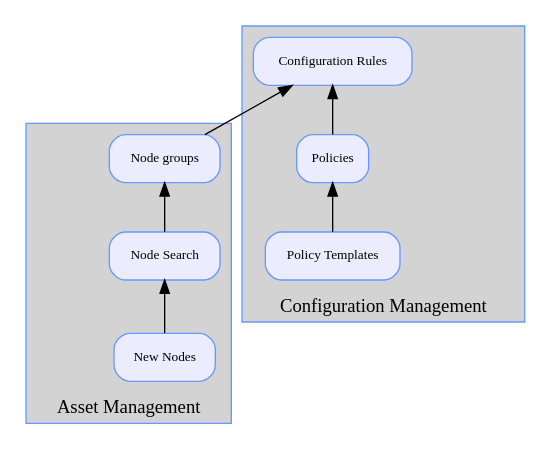
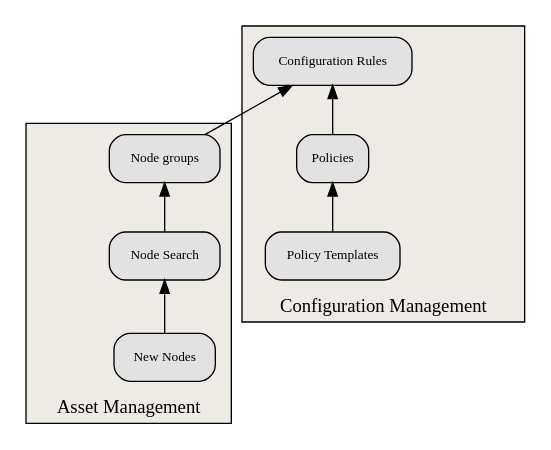
The diagram in graphviz/concepts.dot (Normation/rudder-doc), drawn with Graphviz before and after one commit. The commit also changed 4 other files, not shown here.

Commit message:
work on graphviz color scheme

```diff
--- a/graphviz/concepts.dot
+++ b/graphviz/concepts.dot
@@ -1,39 +1,44 @@
 digraph concepts{
 
 rankdir=BT;
-node [shape=Mrecord, style=filled, color="#6699ff", fillcolor="#ececff",
-fontsize=10];
+node [
+    shape=Mrecord, 
+    style=filled, 
+    color="rgb(151,72,7)", 
+    fillcolor="#e2e2e2",
+    fontsize=10
+];
 NN NS NG PT PS CR ;
 
 NN [label = "New Nodes" ];
 
 NS [label = "Node Search" ];
 
 NG [label = "Node groups"];
 
 PT [label = "Policy Templates"];
 
 PS [label = "Policies"];
 
 CR [label = "Configuration Rules"];
 
 subgraph cluster0 { 
     label="Asset Management"; 
     style=filled;
-    color="#6699ff"; 
-    fillcolor=lightgrey;
+    color="rgb(93,56,29)"; 
+    fillcolor="#eeebe7";
     NN -> NS ->NG; 
 };
 
 NG -> CR ;
 
 subgraph cluster1 { 
     label="Configuration Management";
     shape="component";
     style="filled";
-    color="#6699ff";
-    fillcolor="lightgrey";
+    color="rgb(93,56,29)"; 
+    fillcolor="#eeebe7";
     PT -> PS -> CR; 
 };
 
 }
```
